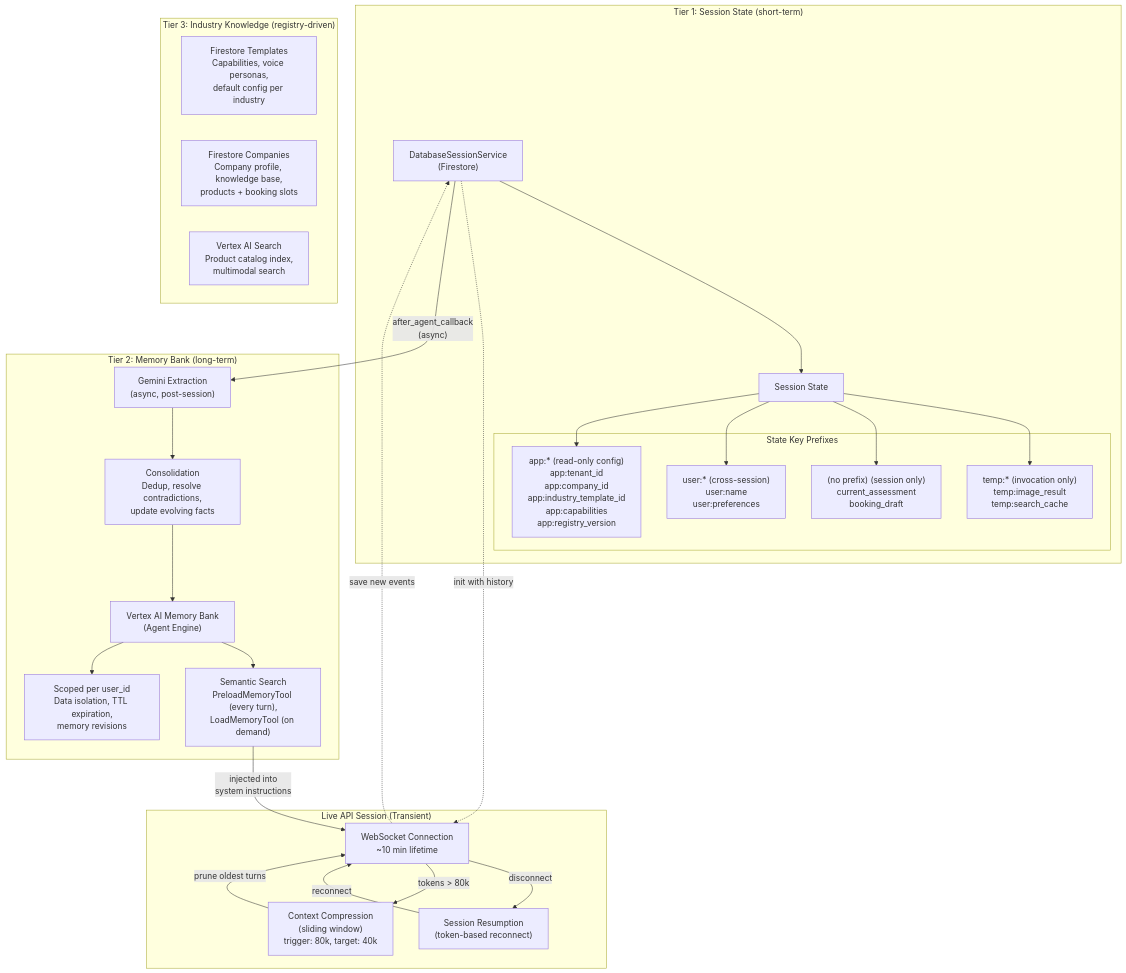
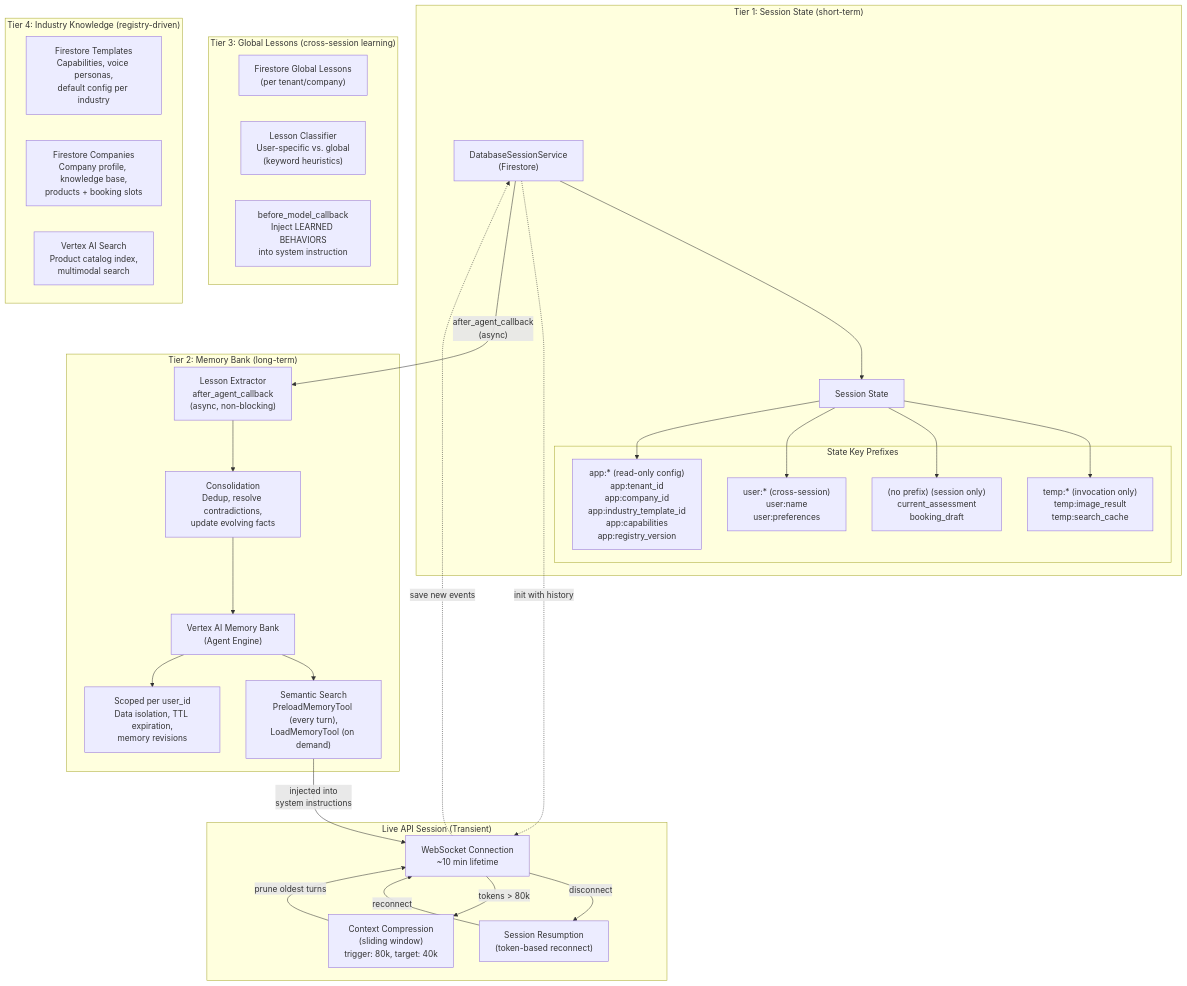
Before and after one commit to ogabasseyy/ekaette: the fourth of 4 diagrams in docs/architecture/01-core-platform.md, drawn with Mermaid. The commit also changed other lines of this file and 10 other files, not shown here.

First line of the commit message:
Add Global Lessons system — cross-session behavioral learning (Tier 2)

````diff
--- a/docs/architecture/01-core-platform.md
+++ b/docs/architecture/01-core-platform.md
@@ -374,55 +378,62 @@
 ```mermaid
 graph TB
     subgraph "Tier 1: Session State (short-term)"
         SS["DatabaseSessionService<br/>(Firestore)"]
         STATE["Session State"]
 
         subgraph "State Key Prefixes"
             TEMP["temp:* (invocation only)<br/>temp:image_result<br/>temp:search_cache"]
             SESS["(no prefix) (session only)<br/>current_assessment<br/>booking_draft"]
             USER["user:* (cross-session)<br/>user:name<br/>user:preferences"]
             APP["app:* (read-only config)<br/>app:tenant_id<br/>app:company_id<br/>app:industry_template_id<br/>app:capabilities<br/>app:registry_version"]
         end
     end
 
     subgraph "Tier 2: Memory Bank (long-term)"
         MB["Vertex AI Memory Bank<br/>(Agent Engine)"]
         EXTRACT["Gemini Extraction<br/>(async, post-session)"]
         CONSOLIDATE["Consolidation<br/>Dedup, resolve contradictions,<br/>update evolving facts"]
         RETRIEVE["Semantic Search<br/>PreloadMemoryTool (every turn),<br/>LoadMemoryTool (on demand)"]
         SCOPE["Scoped per user_id<br/>Data isolation, TTL expiration,<br/>memory revisions"]
     end
 
-    subgraph "Tier 3: Industry Knowledge (registry-driven)"
+    subgraph "Tier 3: Global Lessons (cross-session learning)"
+        GLESSONS["Firestore Global Lessons<br/>(per tenant/company)"]
+        CLASSIFY["Lesson Classifier<br/>User-specific vs. global<br/>(keyword heuristics)"]
+        INJECT["before_model_callback<br/>Inject LEARNED BEHAVIORS<br/>into system instruction"]
+        EXTRACT["Lesson Extractor<br/>after_agent_callback<br/>(async, non-blocking)"]
+    end
+
+    subgraph "Tier 4: Industry Knowledge (registry-driven)"
         TEMPLATES["Firestore Templates<br/>Capabilities, voice personas,<br/>default config per industry"]
         COMPANIES["Firestore Companies<br/>Company profile, knowledge base,<br/>products + booking slots"]
         VASEARCH["Vertex AI Search<br/>Product catalog index,<br/>multimodal search"]
     end
 
     subgraph "Live API Session (Transient)"
         LIVE["WebSocket Connection<br/>~10 min lifetime"]
         COMP["Context Compression<br/>(sliding window)<br/>trigger: 80k, target: 40k"]
         RESUME["Session Resumption<br/>(token-based reconnect)"]
     end
 
     SS --> STATE
     STATE --> TEMP
     STATE --> SESS
     STATE --> USER
     STATE --> APP
 
     LIVE -->|"disconnect"| RESUME
     RESUME -->|"reconnect"| LIVE
     LIVE -->|"tokens > 80k"| COMP
     COMP -->|"prune oldest turns"| LIVE
 
     SS -.->|"init with history"| LIVE
     LIVE -.->|"save new events"| SS
 
     SS -->|"after_agent_callback<br/>(async)"| EXTRACT
     EXTRACT --> CONSOLIDATE
     CONSOLIDATE --> MB
     MB --> RETRIEVE
     RETRIEVE -->|"injected into<br/>system instructions"| LIVE
     MB --> SCOPE
 ```
````
